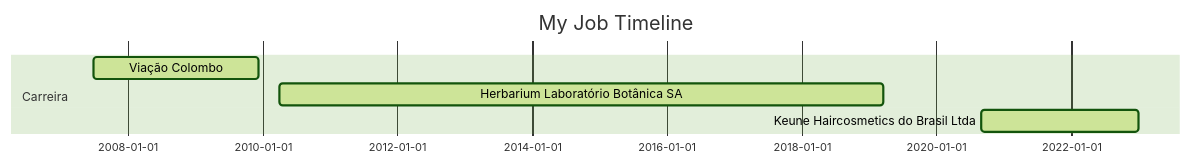
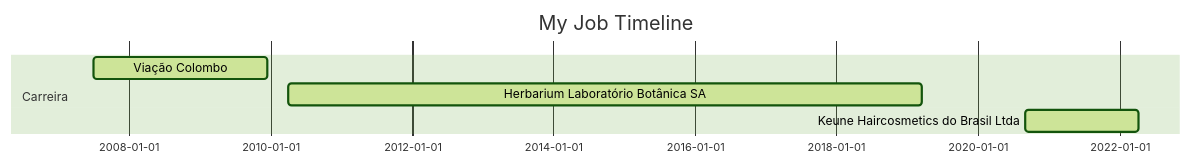
One commit to JardelSilva-86/JardelSilva changed the diagram in README.md. Above: the diagram before and after it, drawn with Mermaid (forest theme).

````diff
--- a/README.md
+++ b/README.md
@@ -4,12 +4,12 @@
 ```mermaid
 
 gantt
 dateFormat  DD-MM-YYYY
 title My Job Timeline
 
 section Carreira
 Viação Colombo                        :active,, 01-07-2007, 13-12-2009
 Herbarium Laboratório Botânica SA     :active,, 01-04-2010, 18-03-2019
-Keune Haircosmetics do Brasil Ltda    :active,, 01-09-2020, 31-12-2022
+Keune Haircosmetics do Brasil Ltda    :active,, 01-09-2020, 10-04-2022
 
 ```
````
